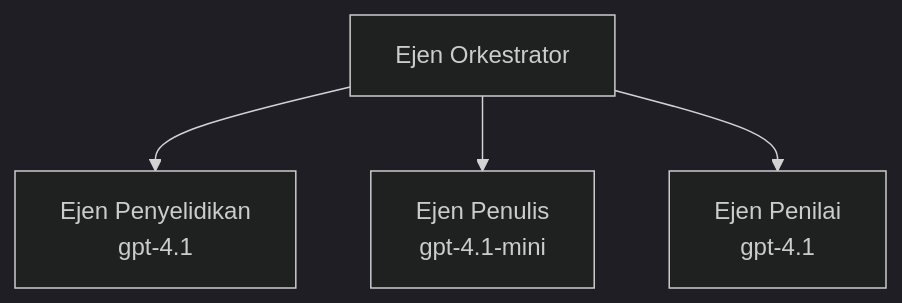
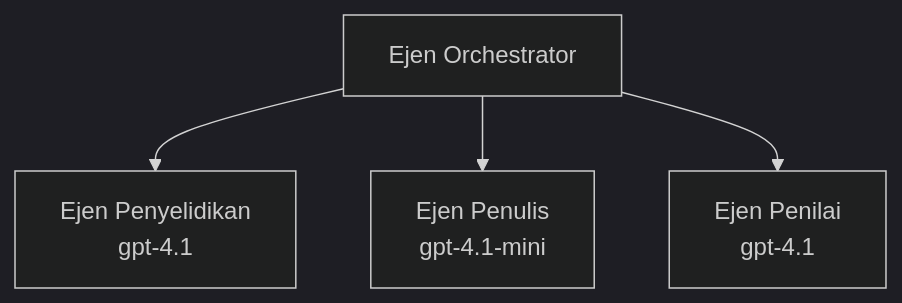
Before and after one commit to microsoft/AZD-for-beginners: the third of 3 diagrams in translations/ms/docs/chapter-02-ai-development/agents.md, drawn with Mermaid (dark theme). The commit also changed other lines of this file and 101 other files, not shown here.

````diff
--- a/translations/ms/docs/chapter-02-ai-development/agents.md
+++ b/translations/ms/docs/chapter-02-ai-development/agents.md
@@ -189,6 +194,6 @@
 ```mermaid
 graph TD
-    Orchestrator[Ejen Orkestrator] --> Research[Ejen Penyelidikan<br/>gpt-4.1]
+    Orchestrator[Ejen Orchestrator] --> Research[Ejen Penyelidikan<br/>gpt-4.1]
     Orchestrator --> Writer[Ejen Penulis<br/>gpt-4.1-mini]
     Orchestrator --> Reviewer[Ejen Penilai<br/>gpt-4.1]
 ```
````
